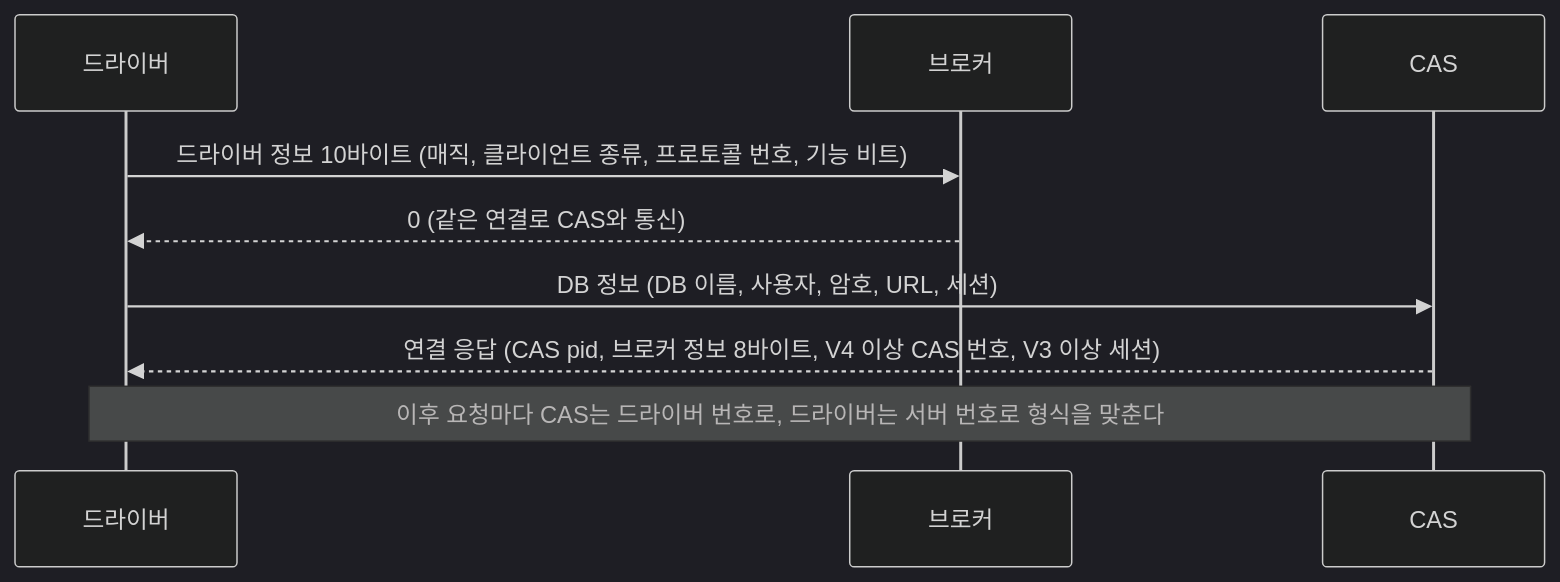
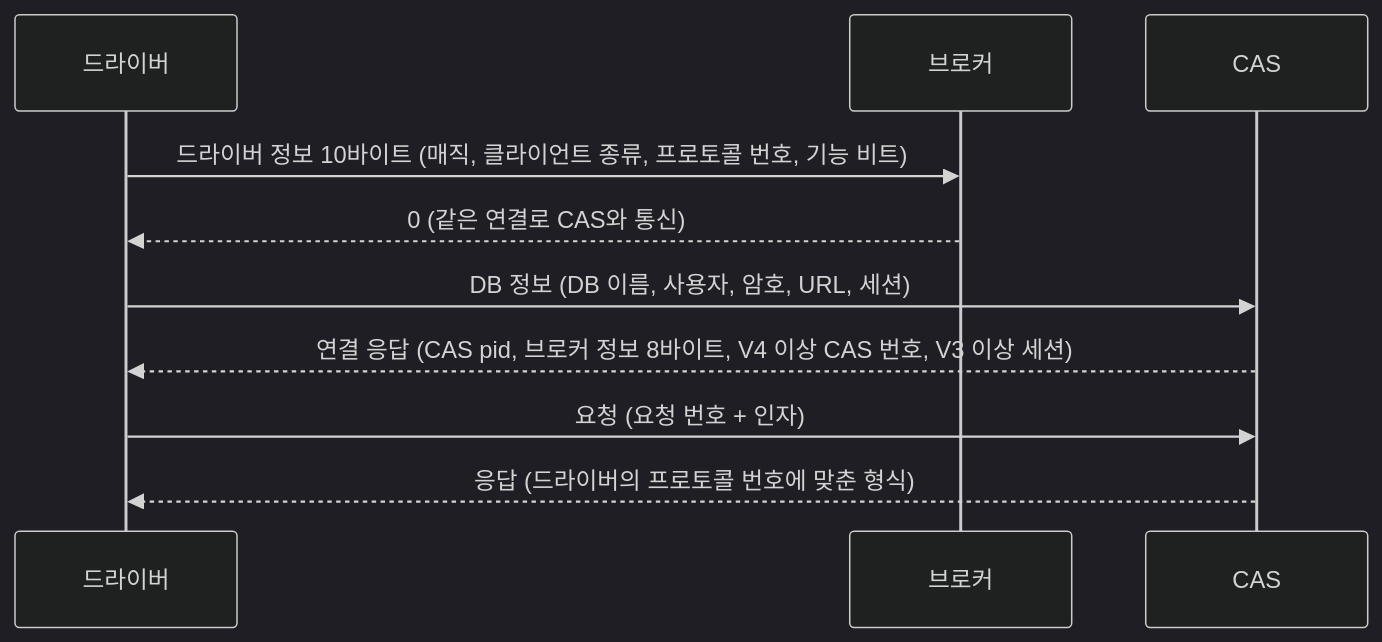
One commit to Srltas/work-docs changed the diagram in study/2026-09-28-cas-protocol-version-features.md. Above: the diagram before and after it, drawn with Mermaid (dark theme). The commit also changed other lines of this file, not shown here.

````diff
--- a/study/2026-09-28-cas-protocol-version-features.md
+++ b/study/2026-09-28-cas-protocol-version-features.md
@@ -19,11 +19,12 @@
 ```mermaid
 sequenceDiagram
     participant D as 드라이버
     participant B as 브로커
     participant C as CAS
     D->>B: 드라이버 정보 10바이트 (매직, 클라이언트 종류, 프로토콜 번호, 기능 비트)
     B-->>D: 0 (같은 연결로 CAS와 통신)
     D->>C: DB 정보 (DB 이름, 사용자, 암호, URL, 세션)
     C-->>D: 연결 응답 (CAS pid, 브로커 정보 8바이트, V4 이상 CAS 번호, V3 이상 세션)
-    Note over D,C: 이후 요청마다 CAS는 드라이버 번호로, 드라이버는 서버 번호로 형식을 맞춘다
+    D->>C: 요청 (요청 번호 + 인자)
+    C-->>D: 응답 (드라이버의 프로토콜 번호에 맞춘 형식)
 ```
````
